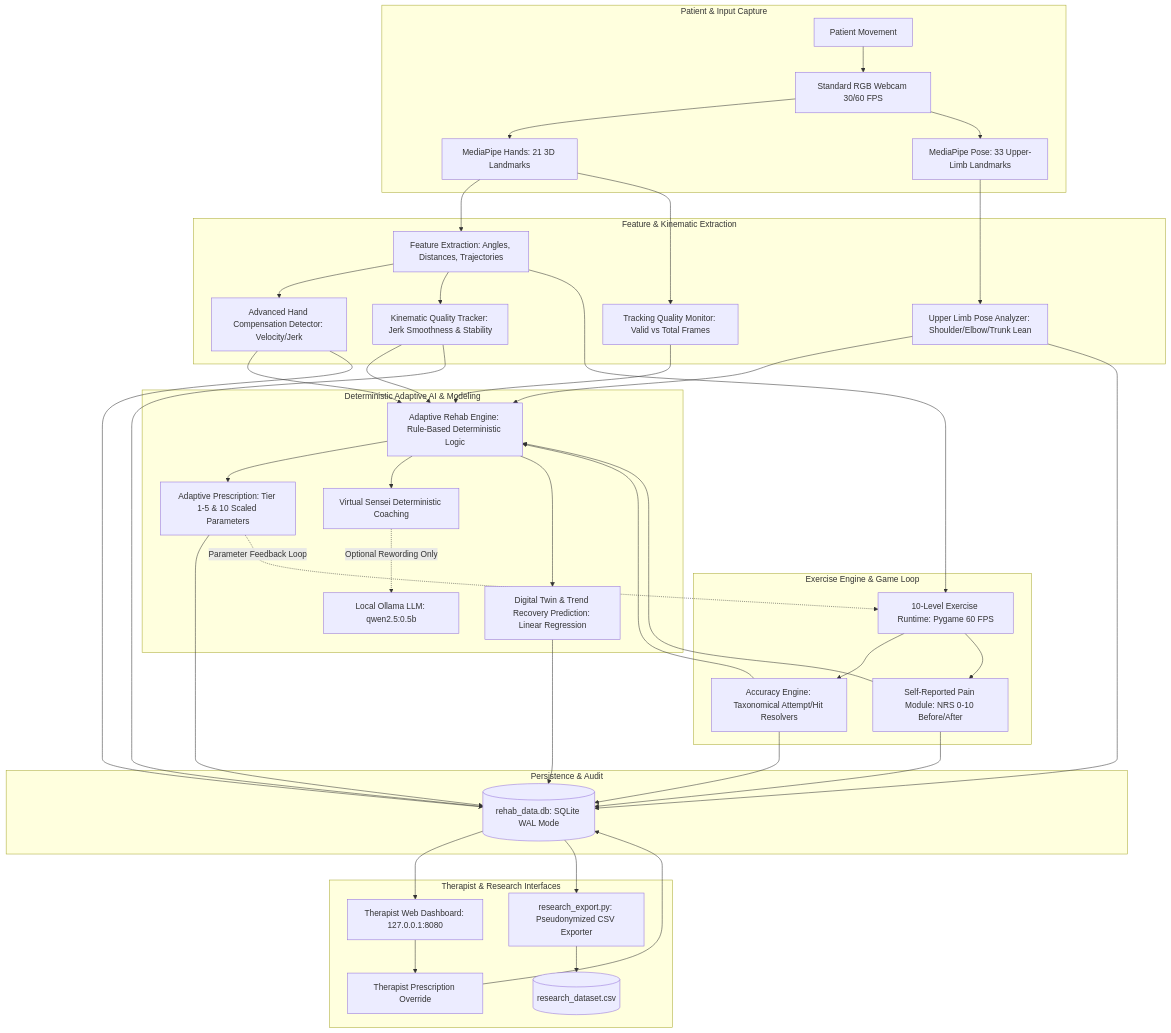
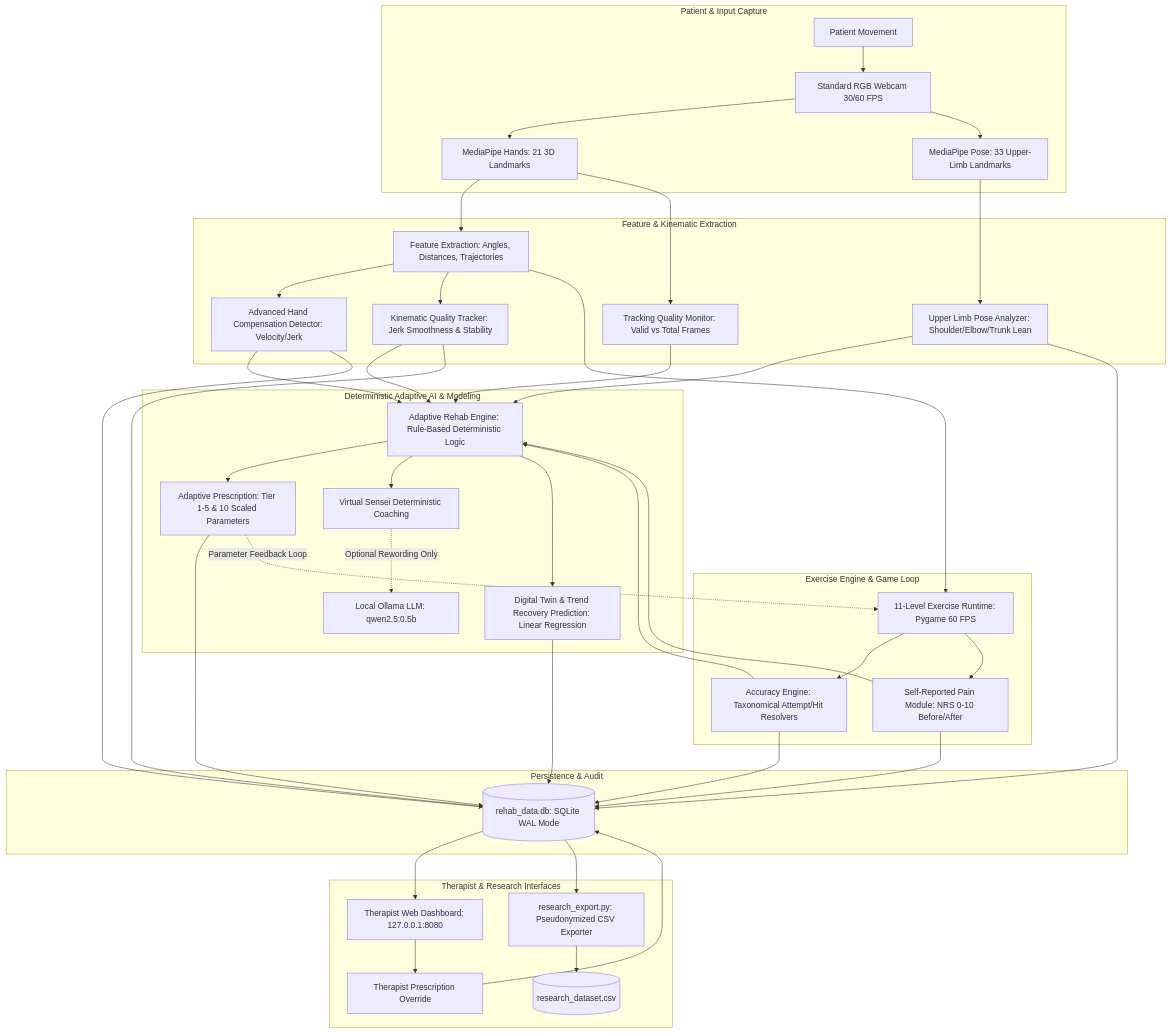
The second of 5 diagrams in RESEARCH_ANALYSIS.md (sumanth965/AI-Hand-Rehabilitation-System), drawn with Mermaid before and after one commit. The commit also changed other lines of this file and 18 other files, not shown here.

````diff
--- a/RESEARCH_ANALYSIS.md
+++ b/RESEARCH_ANALYSIS.md
@@ -190,55 +190,55 @@
 ```mermaid
 flowchart TD
     subgraph Patient Layer [Patient & Input Capture]
         P[Patient Movement] --> C[Standard RGB Webcam 30/60 FPS]
         C --> M_H[MediaPipe Hands: 21 3D Landmarks]
         C --> M_P[MediaPipe Pose: 33 Upper-Limb Landmarks]
     end
 
     subgraph Kinematics Layer [Feature & Kinematic Extraction]
         M_H --> FE[Feature Extraction: Angles, Distances, Trajectories]
         M_H --> TRK[Tracking Quality Monitor: Valid vs Total Frames]
         M_P --> CMP_P[Upper Limb Pose Analyzer: Shoulder/Elbow/Trunk Lean]
         FE --> CMP_H[Advanced Hand Compensation Detector: Velocity/Jerk]
         FE --> KQT[Kinematic Quality Tracker: Jerk Smoothness & Stability]
     end
 
     subgraph Runtime Layer [Exercise Engine & Game Loop]
-        FE --> EX[10-Level Exercise Runtime: Pygame 60 FPS]
+        FE --> EX[11-Level Exercise Runtime: Pygame 60 FPS]
         EX --> ACC[Accuracy Engine: Taxonomical Attempt/Hit Resolvers]
         EX --> PN[Self-Reported Pain Module: NRS 0-10 Before/After]
     end
 
     subgraph Intelligence Layer [Deterministic Adaptive AI & Modeling]
         ACC --> ADAPT[Adaptive Rehab Engine: Rule-Based Deterministic Logic]
         KQT --> ADAPT
         CMP_P --> ADAPT
         CMP_H --> ADAPT
         PN --> ADAPT
         TRK --> ADAPT
         ADAPT --> RX[Adaptive Prescription: Tier 1-5 & 10 Scaled Parameters]
         ADAPT --> SENSEI[Virtual Sensei Deterministic Coaching]
         SENSEI -.->|Optional Rewording Only| LLM[Local Ollama LLM: qwen2.5:0.5b]
         ADAPT --> DT[Digital Twin & Trend Recovery Prediction: Linear Regression]
     end
 
     subgraph Storage Layer [Persistence & Audit]
         RX --> DB[(rehab_data.db: SQLite WAL Mode)]
         ACC --> DB
         KQT --> DB
         CMP_P --> DB
         CMP_H --> DB
         PN --> DB
         DT --> DB
     end
 
     subgraph Clinical & Research Layer [Therapist & Research Interfaces]
         DB --> DASH[Therapist Web Dashboard: 127.0.0.1:8080]
         DASH --> OVR[Therapist Prescription Override]
         OVR --> DB
         DB --> EXP[research_export.py: Pseudonymized CSV Exporter]
         EXP --> CSV[(research_dataset.csv)]
     end
 
     RX -.->|Parameter Feedback Loop| EX
 ```
````
